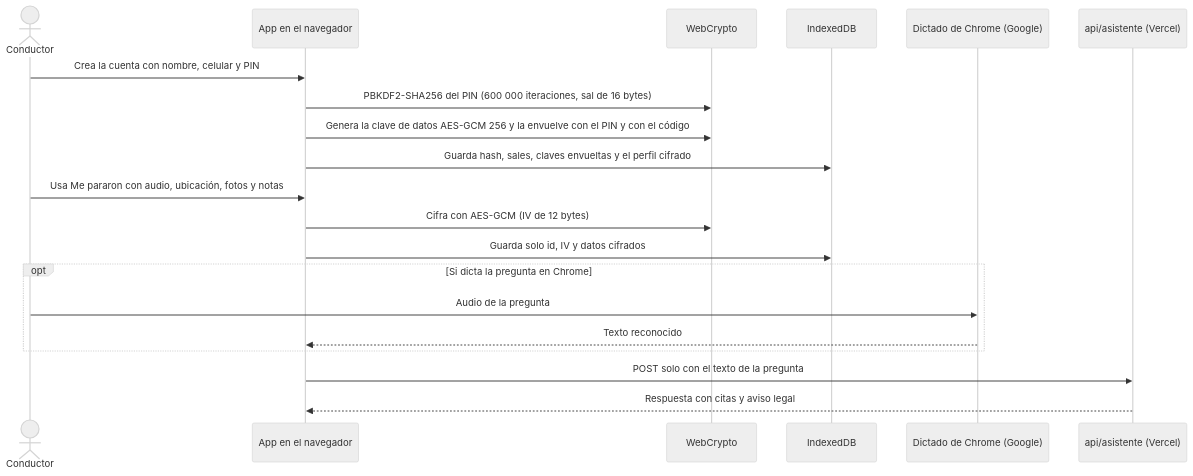
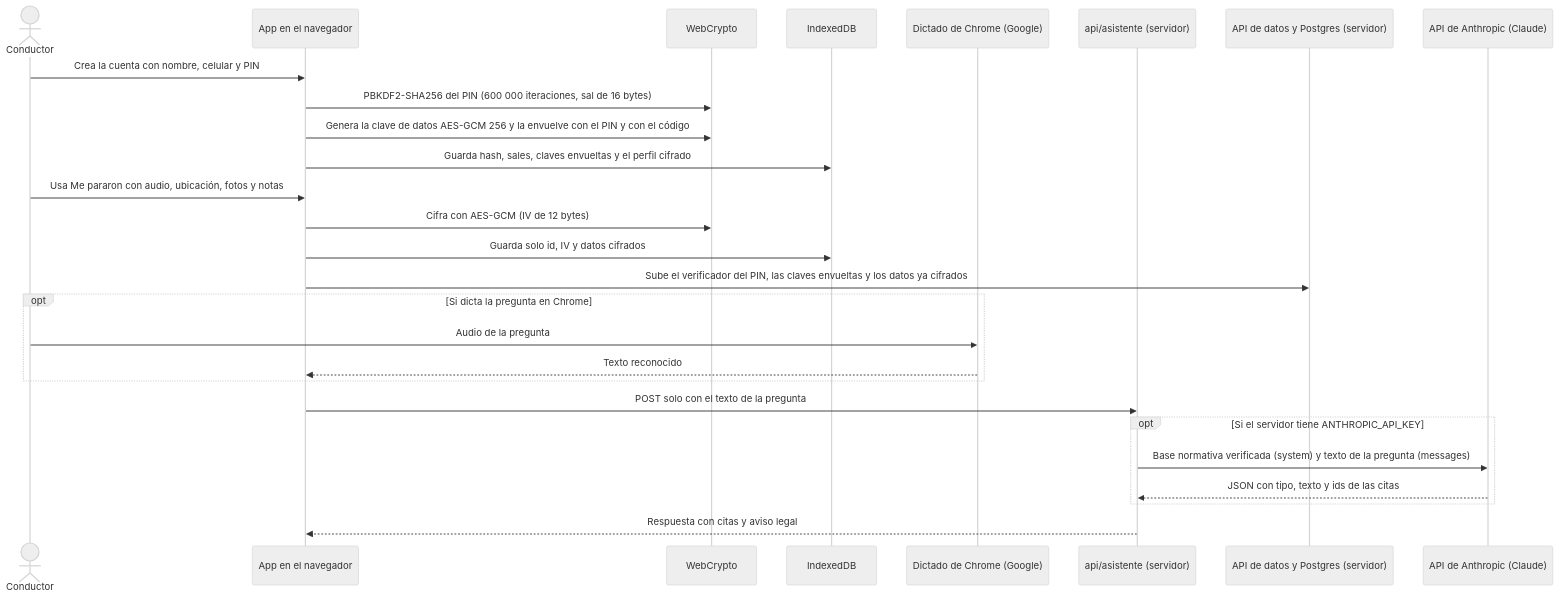
The third of 3 diagrams in README.md (gonzalezvar/vozvial), drawn with Mermaid (neutral theme) before and after one commit. The commit also changed other lines of this file and 68 other files, not shown here.

````diff
--- a/README.md
+++ b/README.md
@@ -329,23 +389,30 @@
 ```mermaid
 sequenceDiagram
   actor U as Conductor
   participant A as App en el navegador
   participant C as WebCrypto
   participant I as IndexedDB
   participant G as Dictado de Chrome (Google)
-  participant S as api/asistente (Vercel)
+  participant S as api/asistente (servidor)
+  participant D as API de datos y Postgres (servidor)
+  participant K as API de Anthropic (Claude)
 
   U->>A: Crea la cuenta con nombre, celular y PIN
   A->>C: PBKDF2-SHA256 del PIN (600 000 iteraciones, sal de 16 bytes)
   A->>C: Genera la clave de datos AES-GCM 256 y la envuelve con el PIN y con el código
   A->>I: Guarda hash, sales, claves envueltas y el perfil cifrado
   U->>A: Usa Me pararon con audio, ubicación, fotos y notas
   A->>C: Cifra con AES-GCM (IV de 12 bytes)
   A->>I: Guarda solo id, IV y datos cifrados
+  A->>D: Sube el verificador del PIN, las claves envueltas y los datos ya cifrados
   opt Si dicta la pregunta en Chrome
     U->>G: Audio de la pregunta
     G-->>A: Texto reconocido
   end
   A->>S: POST solo con el texto de la pregunta
+  opt Si el servidor tiene ANTHROPIC_API_KEY
+    S->>K: Base normativa verificada (system) y texto de la pregunta (messages)
+    K-->>S: JSON con tipo, texto y ids de las citas
+  end
   S-->>A: Respuesta con citas y aviso legal
 ```
````
